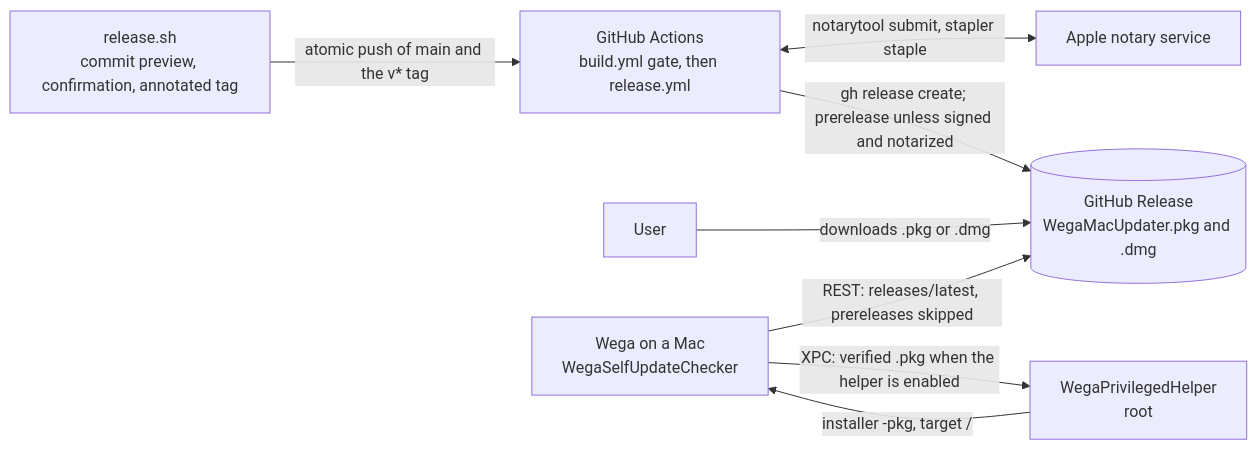
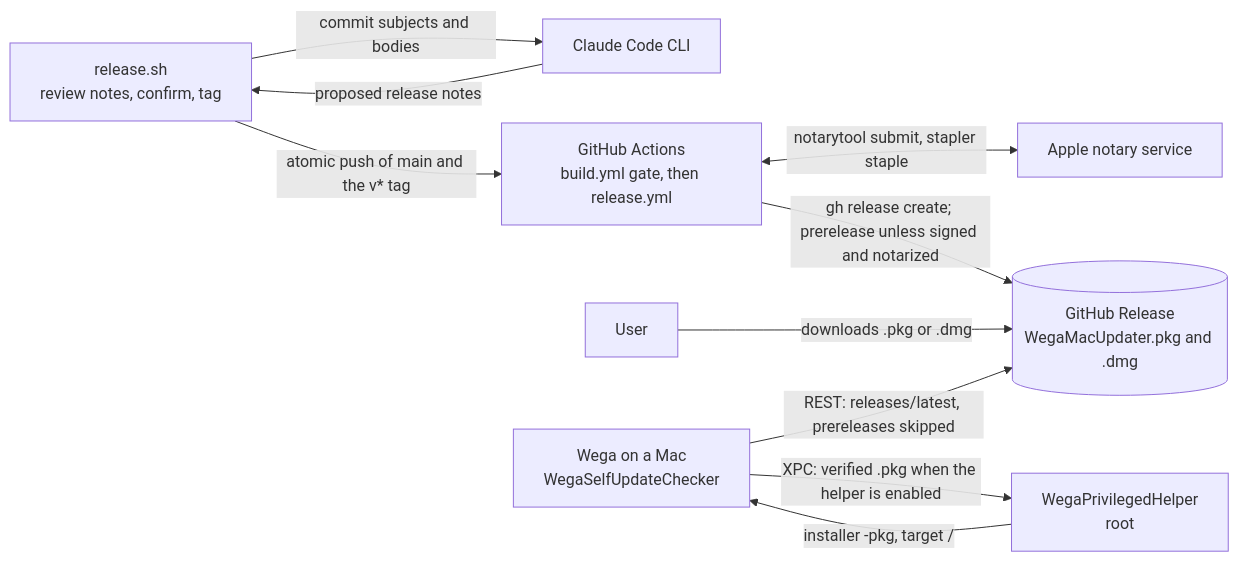
The sixth of 6 diagrams in README.md (DominikSienkiewicz/WegaMacUpdater), drawn with Mermaid before and after one commit. The commit also changed other lines of this file and 4 other files, not shown here.

First line of the commit message:
feat(release): draft release notes from commits before publication

````diff
--- a/README.md
+++ b/README.md
@@ -267,18 +267,21 @@
 ```mermaid
 flowchart LR
-    tag["release.sh<br/>commit preview, confirmation, annotated tag"]
+    tag["release.sh<br/>review notes, confirm, tag"]
+    claude["Claude Code CLI"]
     ci["GitHub Actions<br/>build.yml gate, then release.yml"]
     notary["Apple notary service"]
     rel[("GitHub Release<br/>WegaMacUpdater.pkg and .dmg")]
     wega["Wega on a Mac<br/>WegaSelfUpdateChecker"]
     helper["WegaPrivilegedHelper<br/>root"]
     user["User"]
 
+    tag -->|"commit subjects and bodies"| claude
+    claude -->|"proposed release notes"| tag
     tag -->|"atomic push of main and the v* tag"| ci
     ci <-->|"notarytool submit, stapler staple"| notary
     ci -->|"gh release create; prerelease unless signed and notarized"| rel
     user -->|"downloads .pkg or .dmg"| rel
     wega -->|"REST: releases/latest, prereleases skipped"| rel
     wega -->|"XPC: verified .pkg when the helper is enabled"| helper
     helper -->|"installer -pkg, target /"| wega
 ```
````
